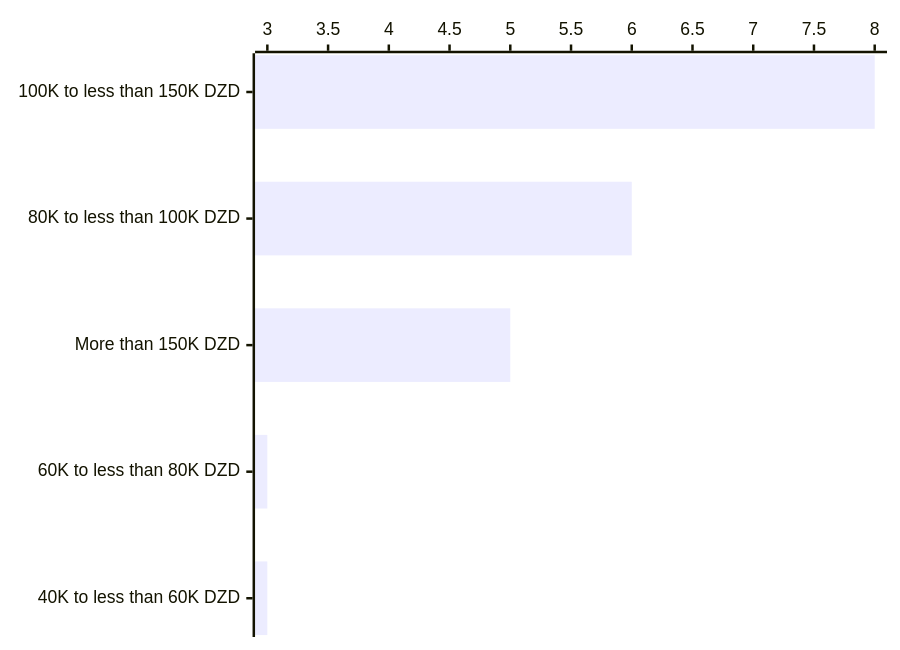
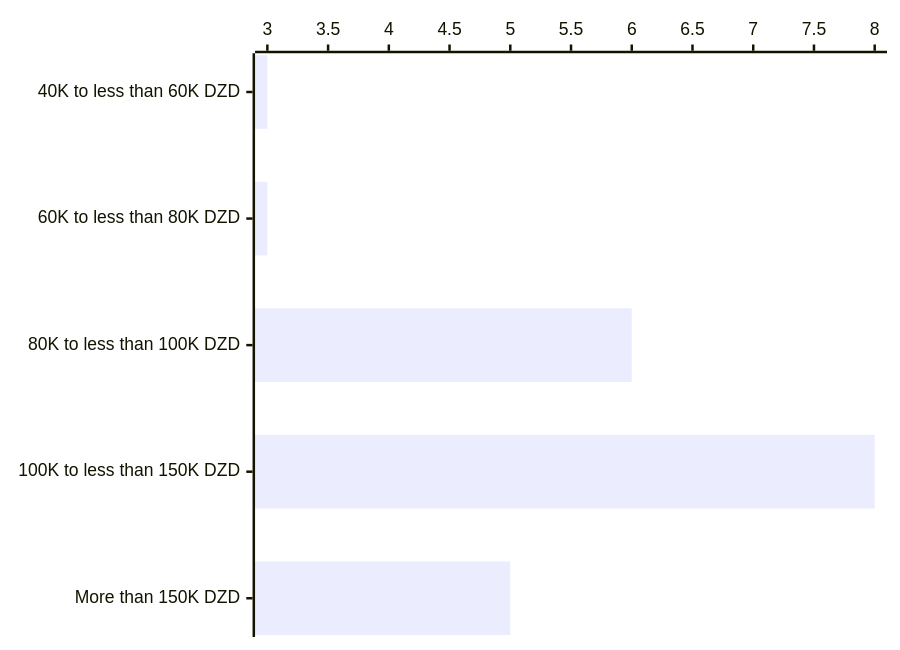
The sixth of 10 diagrams in website/docs/insights/remuneration.md (Fcmam5/state-of-dz-swe-2024), drawn with Mermaid before and after one commit. The commit also changed other lines of this file and 9 other files, not shown here.

````diff
--- a/website/docs/insights/remuneration.md
+++ b/website/docs/insights/remuneration.md
@@ -130,6 +130,5 @@
 ```mermaid
 xychart-beta horizontal
-  x-axis ["100K to less than 150K DZD","80K to less than 100K DZD","More than 150K DZD","60K to less than 80K DZD","40K to less than 60K DZD"]
-  bar [8,6,5,3,3]
-
+  x-axis ["40K to less than 60K DZD","60K to less than 80K DZD","80K to less than 100K DZD","100K to less than 150K DZD","More than 150K DZD"]
+  bar [3,3,6,8,5]
 ```
````
